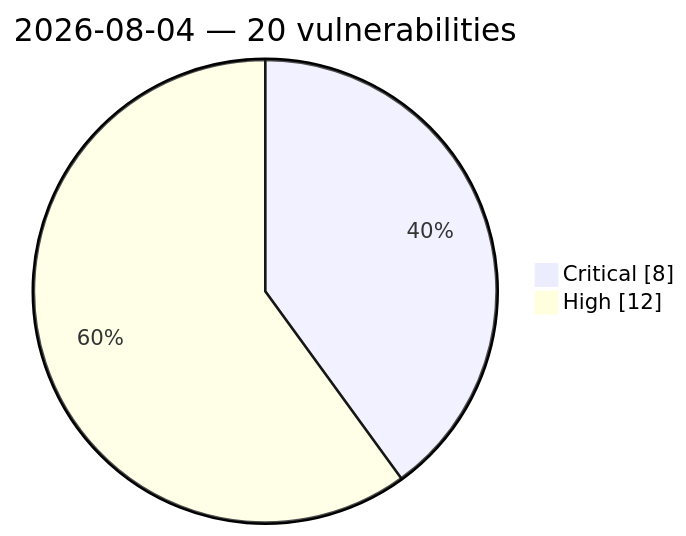
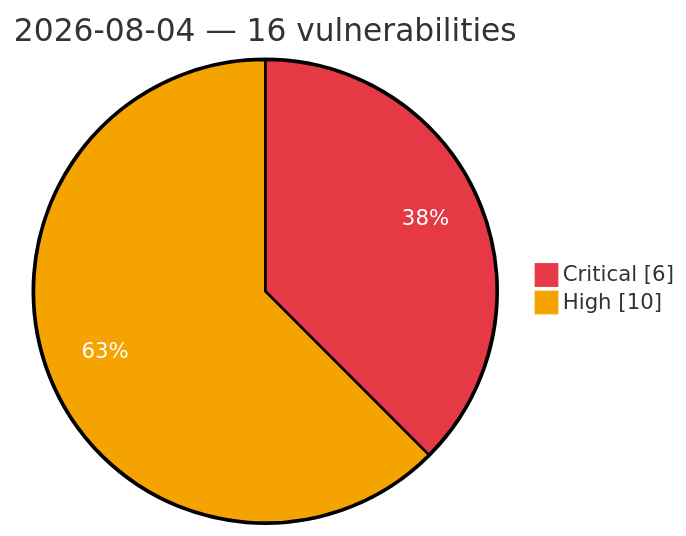
The diagram in vulnerabilities/2026-08-04.md (GhostX0X/vuln-tracker), drawn with Mermaid before and after one commit. The commit also changed other lines of this file and 2 other files, not shown here.

Commit message:
Auto update: critical/high vulns (2026-08-05 06:38 UTC)

````diff
--- a/vulnerabilities/2026-08-04.md
+++ b/vulnerabilities/2026-08-04.md
@@ -3,6 +3,7 @@
 ```mermaid
+%%{init: {'theme':'base', 'themeVariables': {'pie1':'#e63946', 'pie2':'#f4a300', 'pieOpacity':'1', 'pieOuterStrokeWidth':'2px', 'pieSectionTextColor':'#ffffff'}}}%%
 pie showData
-    title 2026-08-04 — 20 vulnerabilities
-    "Critical" : 8
-    "High" : 12
+    title 2026-08-04 — 16 vulnerabilities
+    "Critical" : 6
+    "High" : 10
 ```
````
